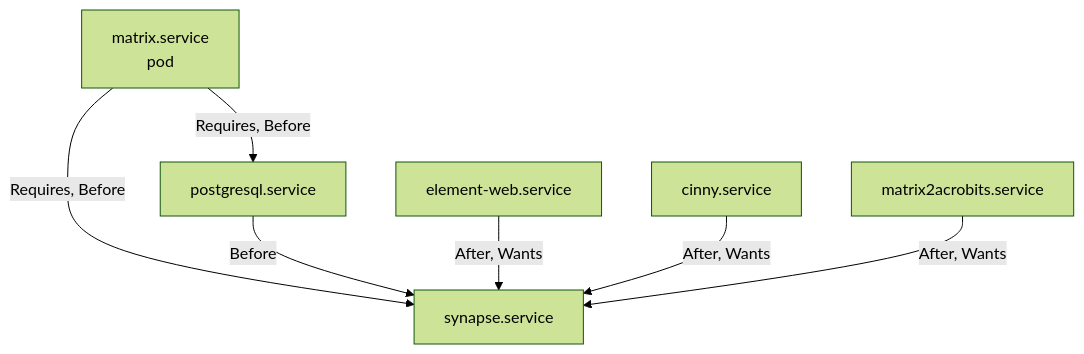
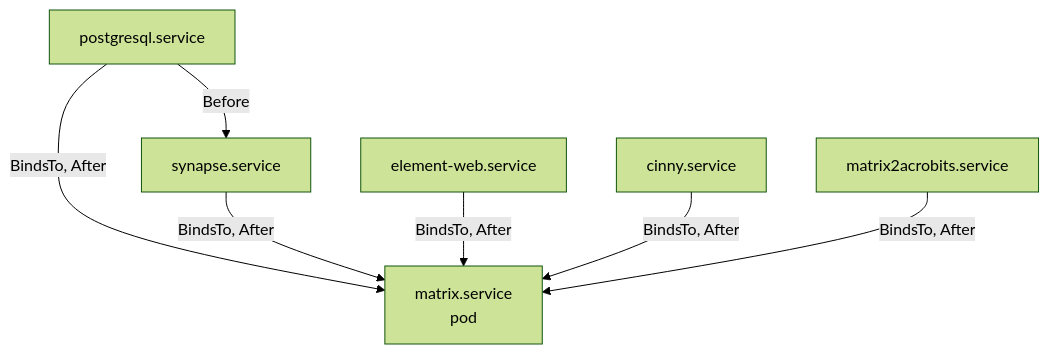
The second of 4 diagrams in docs/architecture.md (NethServer/ns8-matrix), drawn with Mermaid (forest theme) before and after one commit. The commit also changed other lines of this file, not shown here.

````diff
--- a/docs/architecture.md
+++ b/docs/architecture.md
@@ -66,15 +66,15 @@
 ```mermaid
 flowchart TB
     MX[matrix.service<br/>pod]
     PG[postgresql.service]
     SY[synapse.service]
     EW[element-web.service]
     CI[cinny.service]
     MA[matrix2acrobits.service]
-    MX -- "Requires, Before" --> PG
-    MX -- "Requires, Before" --> SY
+    PG -- "BindsTo, After" --> MX
+    SY -- "BindsTo, After" --> MX
+    EW -- "BindsTo, After" --> MX
+    CI -- "BindsTo, After" --> MX
+    MA -- "BindsTo, After" --> MX
     PG -- "Before" --> SY
-    EW -- "After, Wants" --> SY
-    CI -- "After, Wants" --> SY
-    MA -- "After, Wants" --> SY
 ```
````
